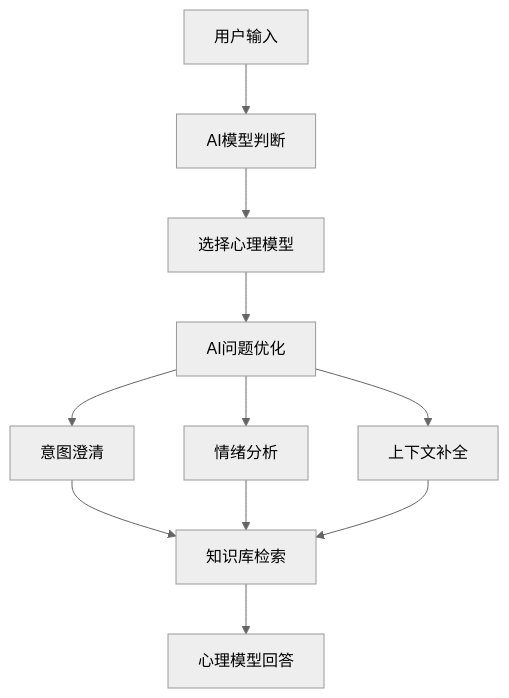
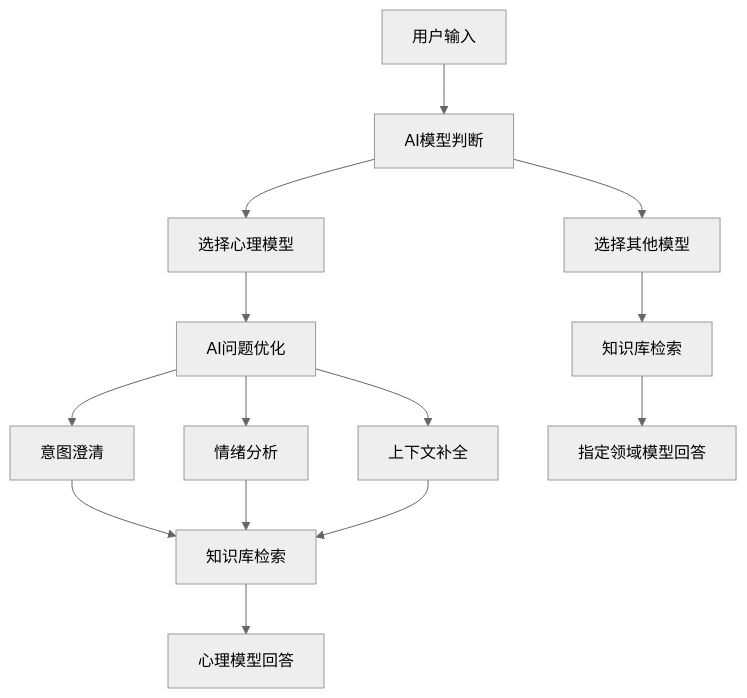
One commit to HONGHUTECHNOLOGY/Proton-AI changed the second of 2 diagrams in README.md. Above: the diagram before and after it, drawn with Mermaid (neutral theme).

````diff
--- a/README.md
+++ b/README.md
@@ -34,19 +34,20 @@
 ```mermaid
 graph TD
     A[用户输入] --> B[AI模型判断]
     B --> C[选择心理模型]
+    B --> G[选择其他模型]
+    
+    %% 心理模型分支
     C --> D[AI问题优化]
-    
-    %% 问题优化子流程
     D --> D1[意图澄清]
     D --> D2[情绪分析]
     D --> D3[上下文补全]
-    
-    %% 知识库检索位置修正
     D1 --> E[知识库检索]
     D2 --> E
     D3 --> E
-    
     E --> F[心理模型回答]
     
+    %% 其他模型分支
+    G --> H[知识库检索]
+    H --> I[指定领域模型回答]
 ```
````
